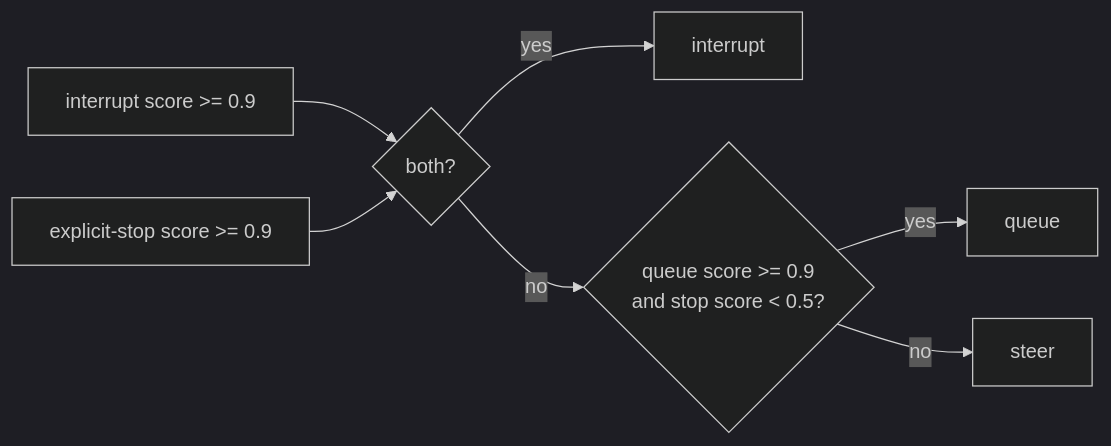
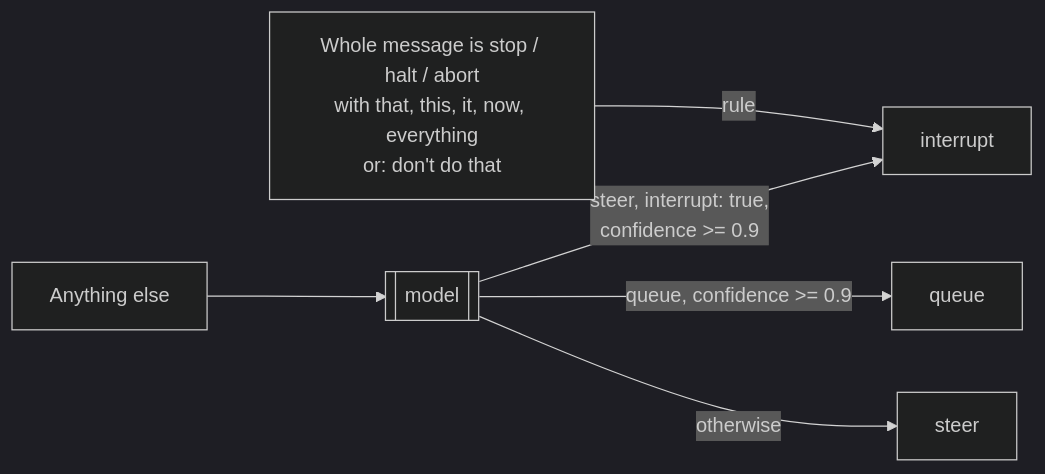
Before and after one commit to 0xEl1yahu/queue-switchclaude: the fifth of 12 diagrams in docs/flows.md, drawn with Mermaid (dark theme). The commit also changed other lines of this file and 9 other files, not shown here.

````diff
--- a/docs/flows.md
+++ b/docs/flows.md
@@ -166,9 +166,8 @@
 ```mermaid
 flowchart LR
-    A[interrupt score >= 0.9] --> C{both?}
-    B[explicit-stop score >= 0.9] --> C
-    C -- yes --> I[interrupt]
-    C -- no --> Q{queue score >= 0.9<br/>and stop score < 0.5?}
-    Q -- yes --> QU[queue]
-    Q -- no --> S[steer]
+    A[Whole message is stop / halt / abort<br/>with that, this, it, now, everything<br/>or: don't do that] -- rule --> I[interrupt]
+    B[Anything else] --> M[[model]]
+    M -- "steer, interrupt: true,<br/>confidence >= 0.9" --> I
+    M -- "queue, confidence >= 0.9" --> QU[queue]
+    M -- otherwise --> S[steer]
 ```
````
